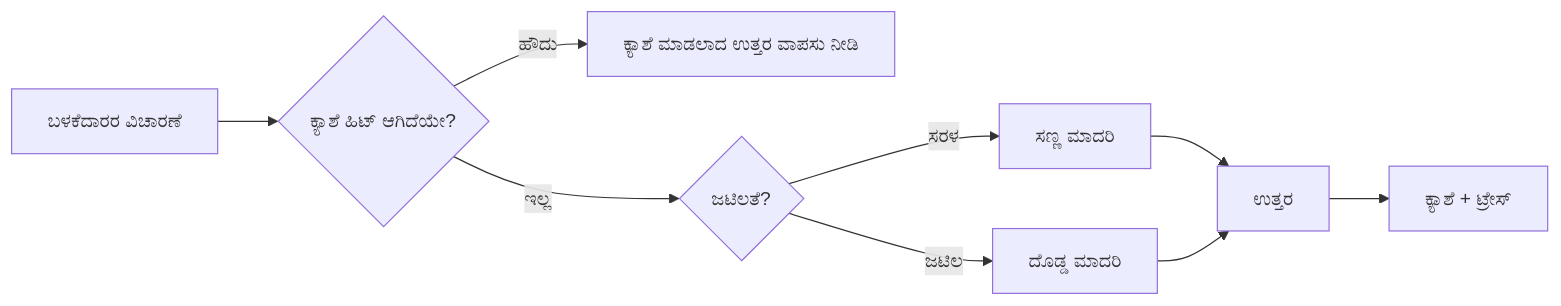
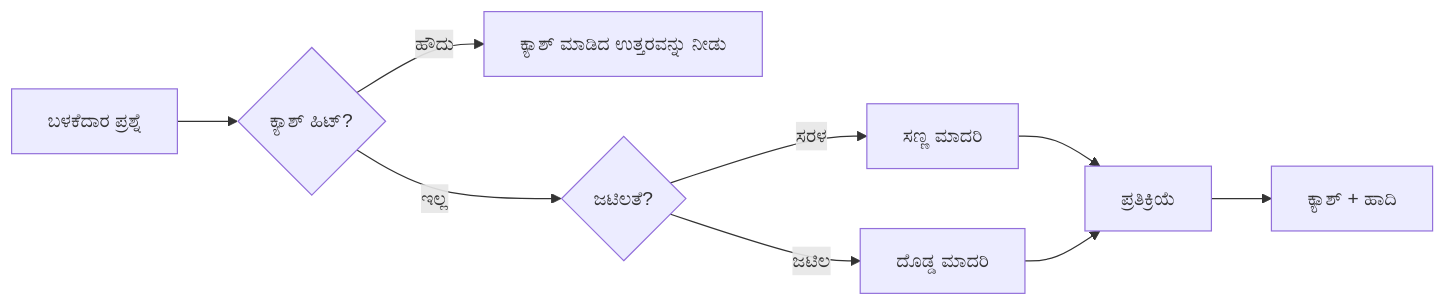
The third of 4 diagrams in mirrors/repos/microsoft@ai-agents-for-beginners/translations/kn/16-deploying-scalable-agents/README.md (gabrielmoreira/agent-skills-mirror), drawn with Mermaid before and after one commit. The commit also changed other lines of this file and 4262 other files, not shown here.

````diff
--- a/mirrors/repos/microsoft@ai-agents-for-beginners/translations/kn/16-deploying-scalable-agents/README.md
+++ b/mirrors/repos/microsoft@ai-agents-for-beginners/translations/kn/16-deploying-scalable-agents/README.md
@@ -134,11 +134,11 @@
 ```mermaid
 flowchart LR
-    Q[ಬಳಕೆದಾರರ ವಿಚಾರಣೆ] --> C{ಕ್ಯಾಶೆ ಹಿಟ್ ಆಗಿದೆಯೇ?}
-    C -->|ಹೌದು| R[ಕ್ಯಾಶೆ ಮಾಡಲಾದ ಉತ್ತರ ವಾಪಸು ನೀಡಿ]
+    Q[ಬಳಕೆದಾರ ಪ್ರಶ್ನೆ] --> C{ಕ್ಯಾಶ್ ಹಿಟ್?}
+    C -->|ಹೌದು| R[ಕ್ಯಾಶ್ ಮಾಡಿದ ಉತ್ತರವನ್ನು ನೀಡು]
     C -->|ಇಲ್ಲ| Router{ಜಟಿಲತೆ?}
     Router -->|ಸರಳ| SLM[ಸಣ್ಣ ಮಾದರಿ]
     Router -->|ಜಟಿಲ| LLM[ದೊಡ್ಡ ಮಾದರಿ]
-    SLM --> Out[ಉತ್ತರ]
+    SLM --> Out[ಪ್ರತಿಕ್ರಿಯೆ]
     LLM --> Out
-    Out --> Store[ಕ್ಯಾಶೆ + ಟ್ರೇಸ್]
+    Out --> Store[ಕ್ಯಾಶ್ + ಹಾದಿ]
 ```
````
